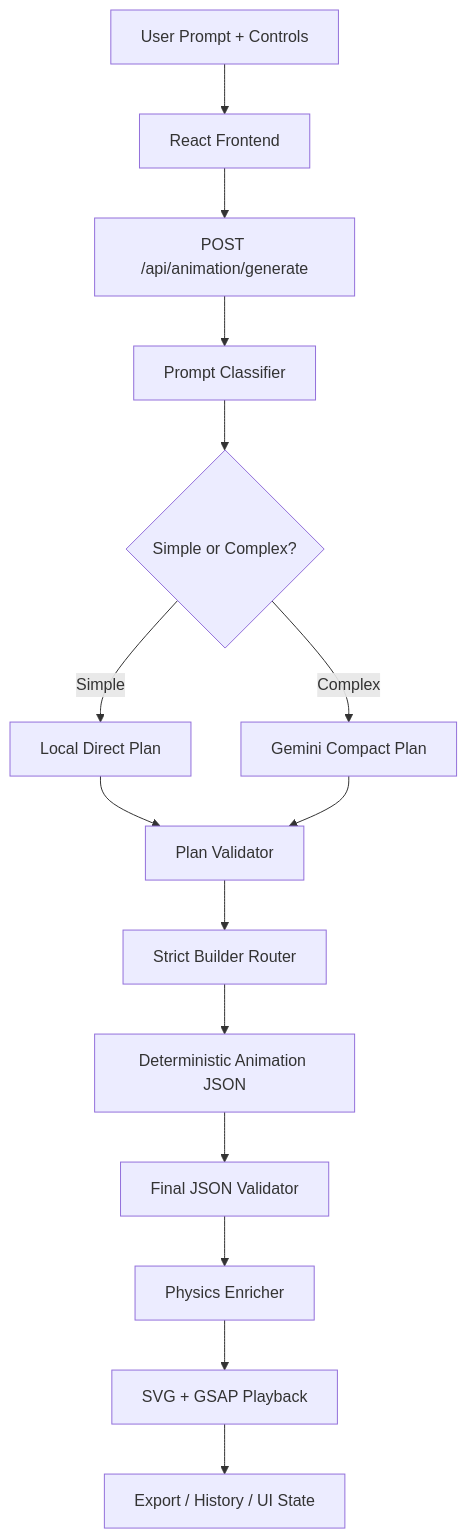
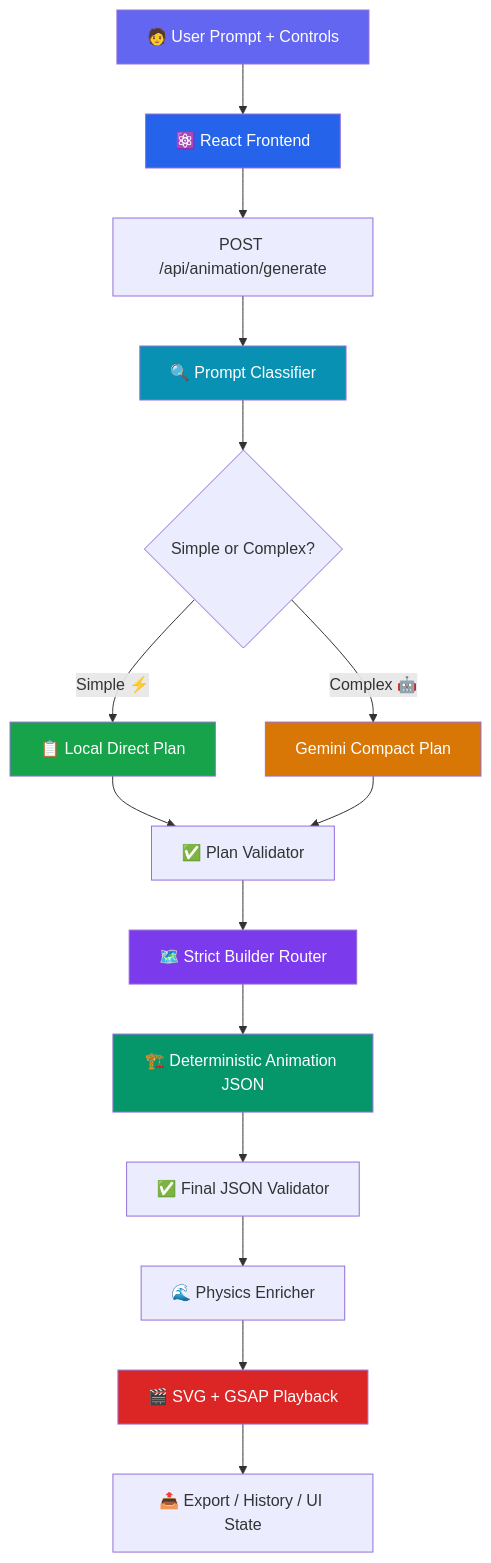
Before and after one commit to romin711/ANIMATION_ENGINE: the first of 3 diagrams in documentation.md, drawn with Mermaid. The commit also changed other lines of this file, not shown here.

````diff
--- a/documentation.md
+++ b/documentation.md
@@ -87,17 +170,26 @@
 ```mermaid
 graph TD
-A[User Prompt + Controls] --> B[React Frontend]
-B --> C[POST /api/animation/generate]
-C --> D[Prompt Classifier]
-D --> E{Simple or Complex?}
-E -->|Simple| F[Local Direct Plan]
-E -->|Complex| G[Gemini Compact Plan]
-F --> H[Plan Validator]
-G --> H
-H --> I[Strict Builder Router]
-I --> J[Deterministic Animation JSON]
-J --> K[Final JSON Validator]
-K --> L[Physics Enricher]
-L --> M[SVG + GSAP Playback]
-M --> N[Export / History / UI State]
+    A["🧑 User Prompt + Controls"] --> B["⚛️ React Frontend"]
+    B --> C["POST /api/animation/generate"]
+    C --> D["🔍 Prompt Classifier"]
+    D --> E{"Simple or Complex?"}
+    E -->|Simple ⚡| F["📋 Local Direct Plan"]
+    E -->|Complex 🤖| G["Gemini Compact Plan"]
+    F --> H["✅ Plan Validator"]
+    G --> H
+    H --> I["🗺️ Strict Builder Router"]
+    I --> J["🏗️ Deterministic Animation JSON"]
+    J --> K["✅ Final JSON Validator"]
+    K --> L["🌊 Physics Enricher"]
+    L --> M["🎬 SVG + GSAP Playback"]
+    M --> N["📤 Export / History / UI State"]
+
+    style A fill:#6366f1,color:#fff
+    style B fill:#2563eb,color:#fff
+    style D fill:#0891b2,color:#fff
+    style F fill:#16a34a,color:#fff
+    style G fill:#d97706,color:#fff
+    style I fill:#7c3aed,color:#fff
+    style J fill:#059669,color:#fff
+    style M fill:#dc2626,color:#fff
 ```
````
